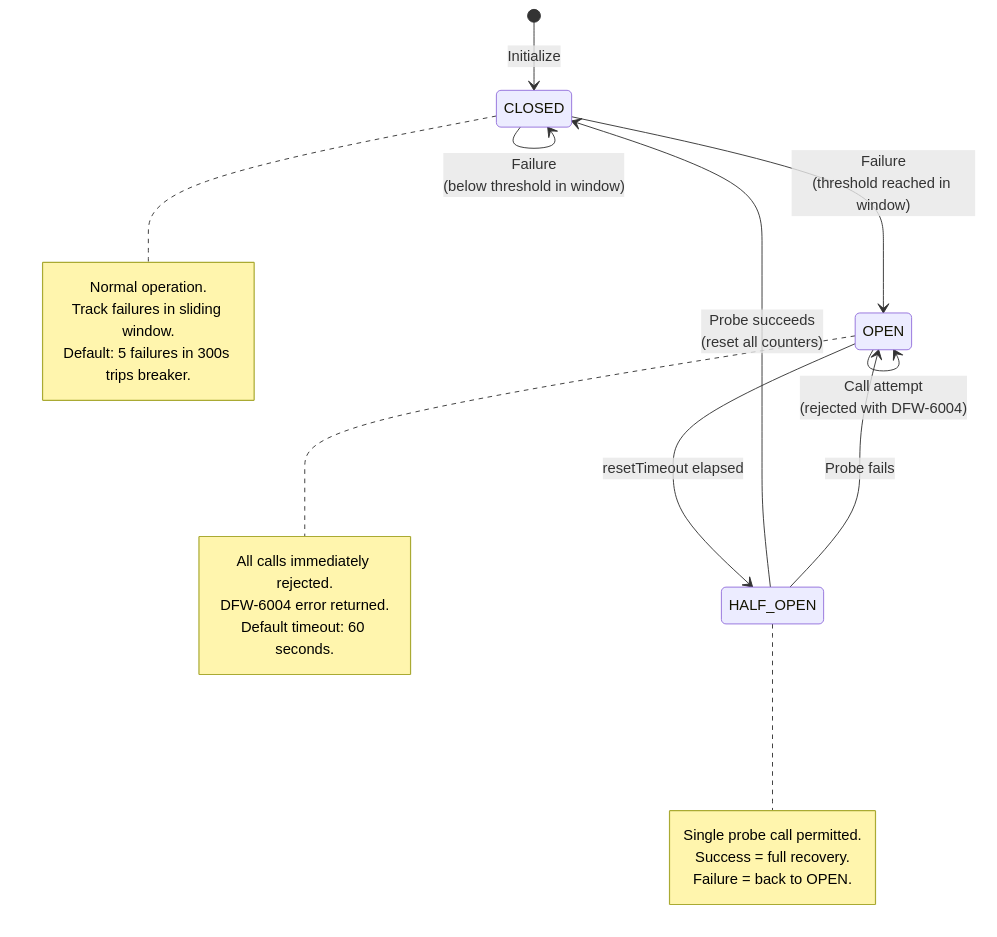
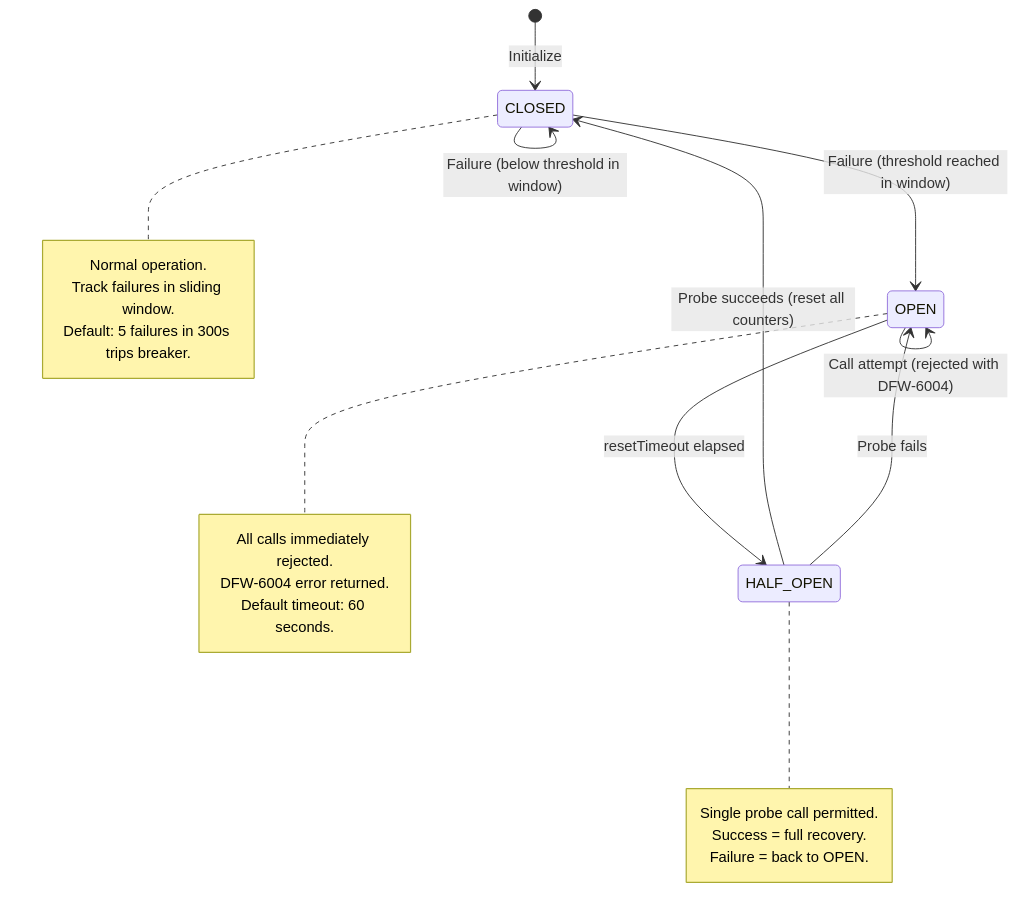
Before and after one commit to srikanth-nalam/dfw-automation-pipeline: the eighth of 10 diagrams in docs/LLD.md, drawn with Mermaid. The commit also changed other lines of this file and 8 other files, not shown here.

First line of the commit message:
fix(docs): resolve Mermaid diagram rendering issues in HLD.md

````diff
--- a/docs/LLD.md
+++ b/docs/LLD.md
@@ -1351,32 +1351,32 @@
 ```mermaid
 stateDiagram-v2
     [*] --> CLOSED: Initialize
 
-    CLOSED --> CLOSED: Success<br/>(reset consecutiveFailures)
-    CLOSED --> CLOSED: Failure<br/>(below threshold in window)
-    CLOSED --> OPEN: Failure<br/>(threshold reached in window)
+    CLOSED --> CLOSED: Success (reset consecutiveFailures)
+    CLOSED --> CLOSED: Failure (below threshold in window)
+    CLOSED --> OPEN: Failure (threshold reached in window)
 
-    OPEN --> OPEN: Call attempt<br/>(rejected with DFW-6004)
+    OPEN --> OPEN: Call attempt (rejected with DFW-6004)
     OPEN --> HALF_OPEN: resetTimeout elapsed
 
-    HALF_OPEN --> CLOSED: Probe succeeds<br/>(reset all counters)
+    HALF_OPEN --> CLOSED: Probe succeeds (reset all counters)
     HALF_OPEN --> OPEN: Probe fails
 
     note right of CLOSED
         Normal operation.
         Track failures in sliding window.
         Default: 5 failures in 300s trips breaker.
     end note
 
     note right of OPEN
         All calls immediately rejected.
         DFW-6004 error returned.
         Default timeout: 60 seconds.
     end note
 
     note right of HALF_OPEN
         Single probe call permitted.
         Success = full recovery.
         Failure = back to OPEN.
     end note
 ```
````
